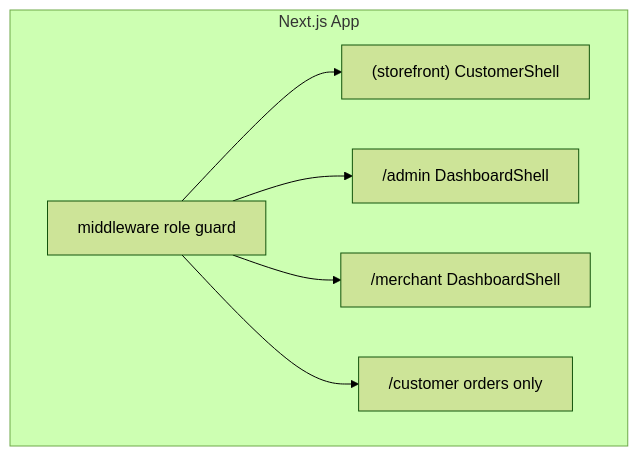
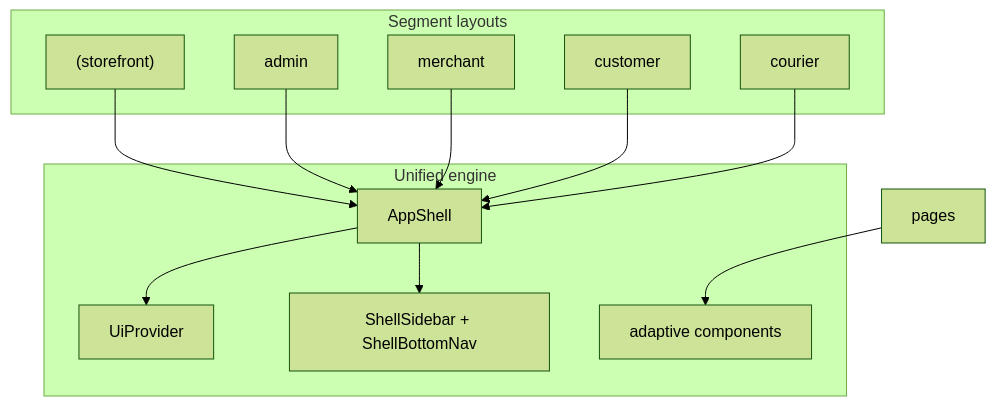
The diagram in docs/UI_SYSTEM.md (aliabdurasul/Sesta.Kibris), drawn with Mermaid (forest theme) before and after one commit. The commit also changed other lines of this file and 42 other files, not shown here.

````diff
--- a/docs/UI_SYSTEM.md
+++ b/docs/UI_SYSTEM.md
@@ -9,14 +21,26 @@
 ```mermaid
 flowchart TB
-  subgraph app [Next.js App]
-    MW[middleware role guard]
-    SF["(storefront) CustomerShell"]
-    AD["/admin DashboardShell"]
-    ME["/merchant DashboardShell"]
-    CU["/customer orders only"]
+  subgraph layouts [Segment layouts]
+    SF["(storefront)"]
+    AD["admin"]
+    ME["merchant"]
+    CU["customer"]
+    CO["courier"]
   end
-  MW --> SF
-  MW --> AD
-  MW --> ME
-  MW --> CU
+
+  subgraph engine [Unified engine]
+    APP[AppShell]
+    UI[UiProvider]
+    NAV[ShellSidebar + ShellBottomNav]
+    ADP[adaptive components]
+  end
+
+  SF --> APP
+  AD --> APP
+  ME --> APP
+  CU --> APP
+  CO --> APP
+  APP --> UI
+  APP --> NAV
+  pages --> ADP
 ```
````
